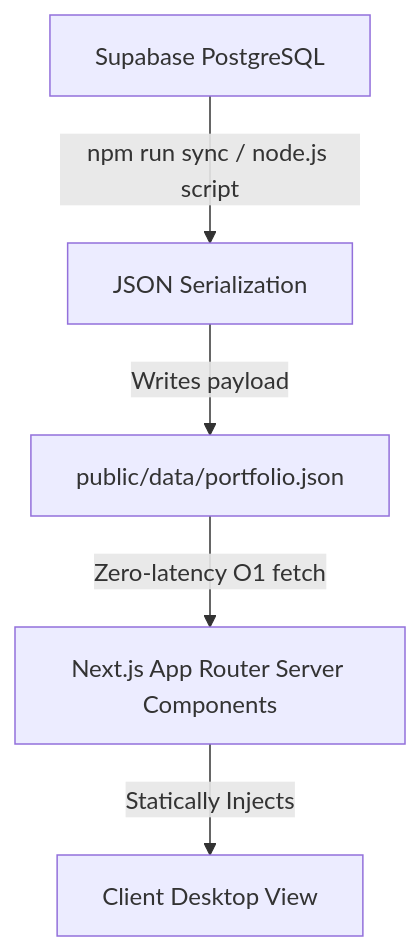
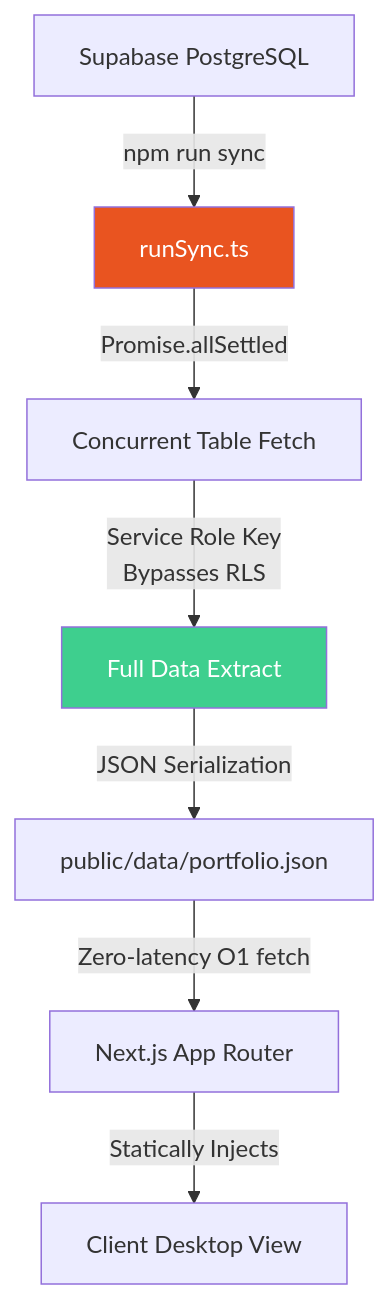
The first of 8 diagrams in README.md (bhargava562/my-portfolio), drawn with Mermaid before and after one commit. The commit also changed other lines of this file and 7 other files, not shown here.

Commit message:
refactor: unify Supabase storage URL construction, add ImageWithFallback fill mode, and enhance sync engine with Promise.allSettled and service role key

````diff
--- a/README.md
+++ b/README.md
@@ -28,7 +28,12 @@
 ```mermaid
 graph TD
-    A[Supabase PostgreSQL] -->|npm run sync / node.js script| B[JSON Serialization]
-    B -->|Writes payload| C[public/data/portfolio.json]
-    C -->|Zero-latency O1 fetch| D[Next.js App Router Server Components]
-    D -->|Statically Injects| E[Client Desktop View]
+    A[Supabase PostgreSQL] -->|npm run sync| B[runSync.ts]
+    B -->|Promise.allSettled| C[Concurrent Table Fetch]
+    C -->|Service Role Key\nBypasses RLS| D[Full Data Extract]
+    D -->|JSON Serialization| E[public/data/portfolio.json]
+    E -->|Zero-latency O1 fetch| F[Next.js App Router]
+    F -->|Statically Injects| G[Client Desktop View]
+
+    style B fill:#E95420,color:#fff
+    style D fill:#3ECF8E,color:#fff
 ```
````
